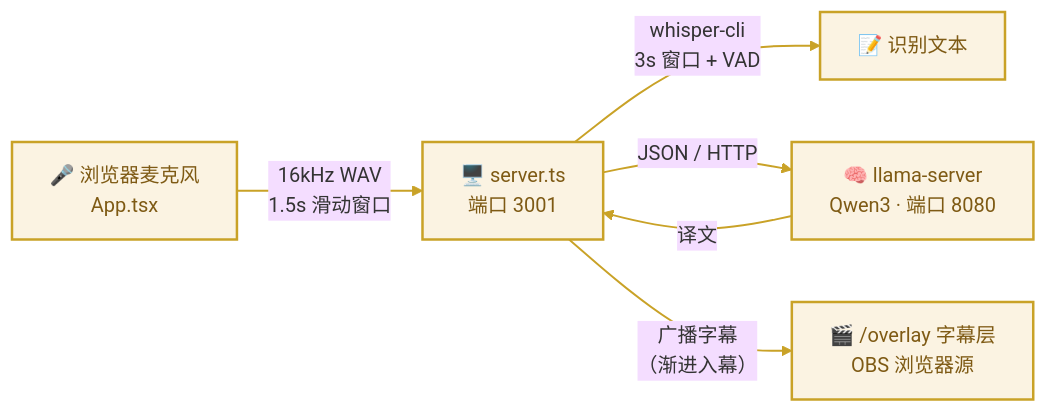
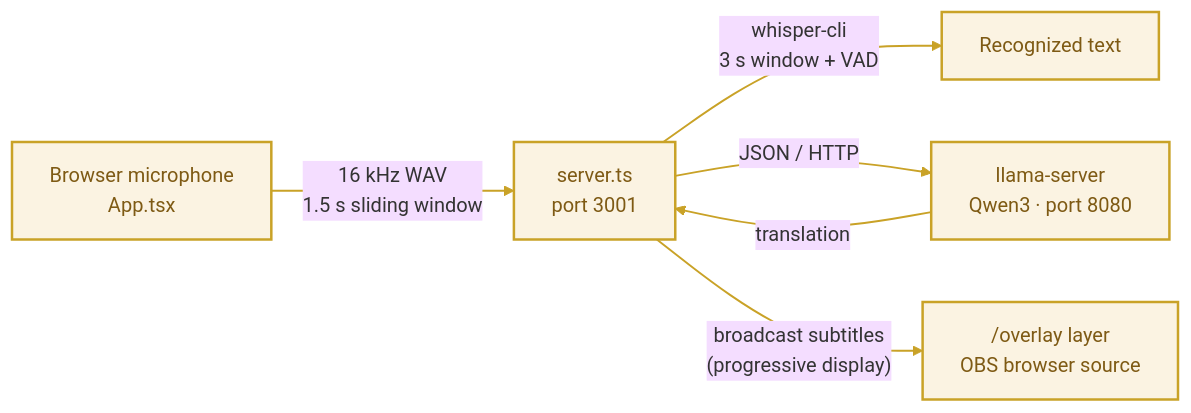
Before and after one commit to sunnnnnshineeee-bit/live-translator: the diagram in README.md, drawn with Mermaid (base theme). The commit also changed other lines of this file, not shown here.

Commit message:
README: full English translation, remove all emojis, retitle to Live Translator for the Star

````diff
--- a/README.md
+++ b/README.md
@@ -49,11 +49,11 @@
 ```mermaid
 flowchart LR
-    A["🎤 浏览器麦克风<br/>App.tsx"] -- "16kHz WAV<br/>1.5s 滑动窗口" --> B["🖥️ server.ts<br/>端口 3001"]
-    B -- "whisper-cli<br/>3s 窗口 + VAD" --> C["📝 识别文本"]
-    B -- "JSON / HTTP" --> D["🧠 llama-server<br/>Qwen3 · 端口 8080"]
-    D -- "译文" --> B
-    B -- "广播字幕<br/>（渐进入幕）" --> E["🎬 /overlay 字幕层<br/>OBS 浏览器源"]
+    A["Browser microphone<br/>App.tsx"] -- "16 kHz WAV<br/>1.5 s sliding window" --> B["server.ts<br/>port 3001"]
+    B -- "whisper-cli<br/>3 s window + VAD" --> C["Recognized text"]
+    B -- "JSON / HTTP" --> D["llama-server<br/>Qwen3 · port 8080"]
+    D -- "translation" --> B
+    B -- "broadcast subtitles<br/>(progressive display)" --> E["/overlay layer<br/>OBS browser source"]
     classDef cls fill:#FBF3E2,stroke:#C9A227,color:#7E5A14,stroke-width:2px
     class A,B,C,D,E cls
     linkStyle default stroke:#C9A227,stroke-width:1.5px
 ```
````
